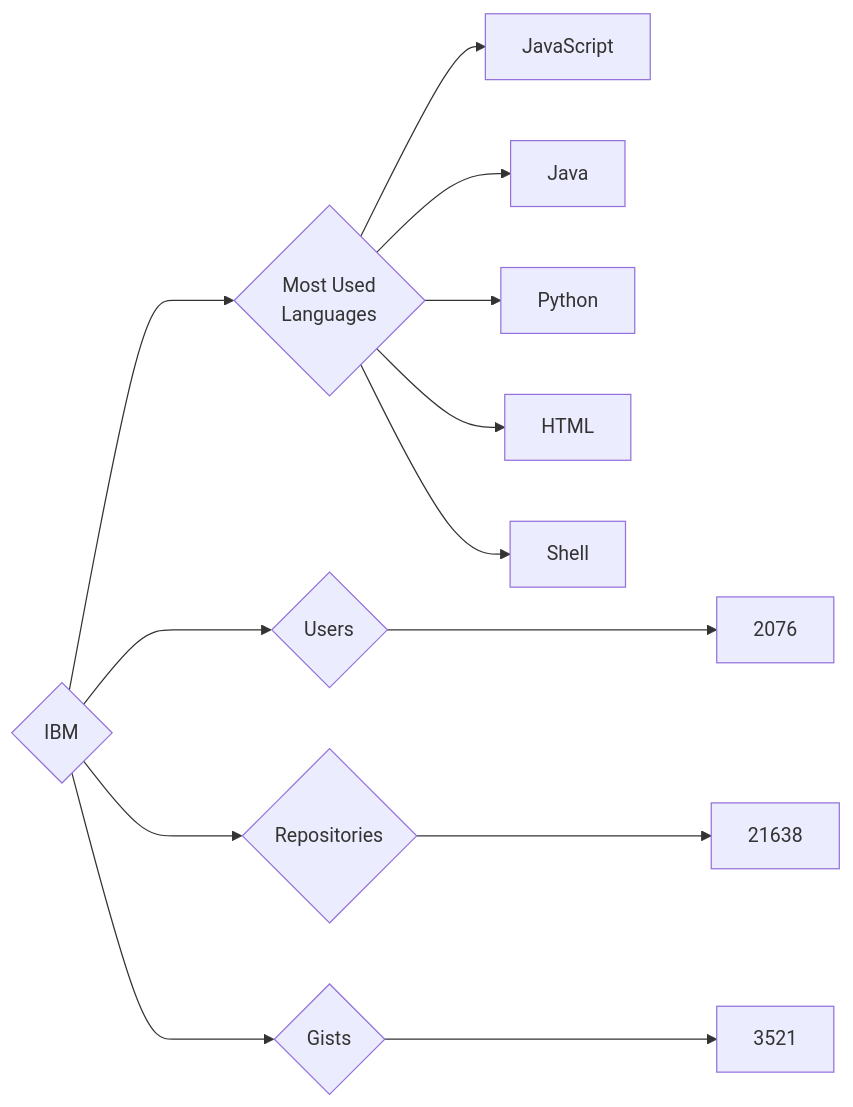
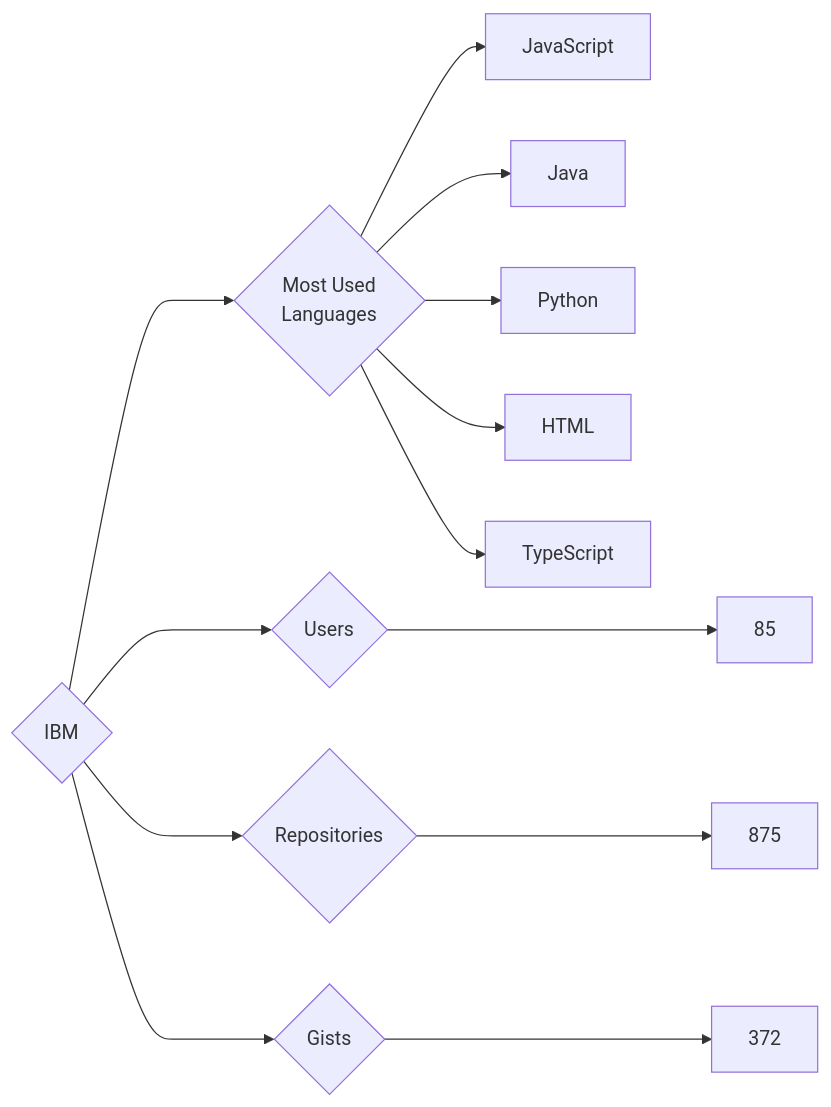
Before and after one commit to trickest/insiders: the diagram in targets/IBM/README.md, drawn with Mermaid. The commit also changed 891 other files, not shown here.

````diff
--- a/targets/IBM/README.md
+++ b/targets/IBM/README.md
@@ -3,13 +3,13 @@
 ```mermaid
 graph LR
 COMPANY_NAME{IBM}
-COMPANY_NAME ---> U{Users} ---> UN[2076]
-COMPANY_NAME ---> R{Repositories} ---> RN[21638]
-COMPANY_NAME ---> G{Gists} ---> GN[3521]
+COMPANY_NAME ---> U{Users} ---> UN[85]
+COMPANY_NAME ---> R{Repositories} ---> RN[875]
+COMPANY_NAME ---> G{Gists} ---> GN[372]
 COMPANY_NAME ---> ML{Most Used<br>Languages}
 ML --> JavaScript[JavaScript]
 ML --> Java[Java]
 ML --> Python[Python]
 ML --> HTML[HTML]
-ML --> Shell[Shell]
+ML --> TypeScript[TypeScript]
 ```
````
